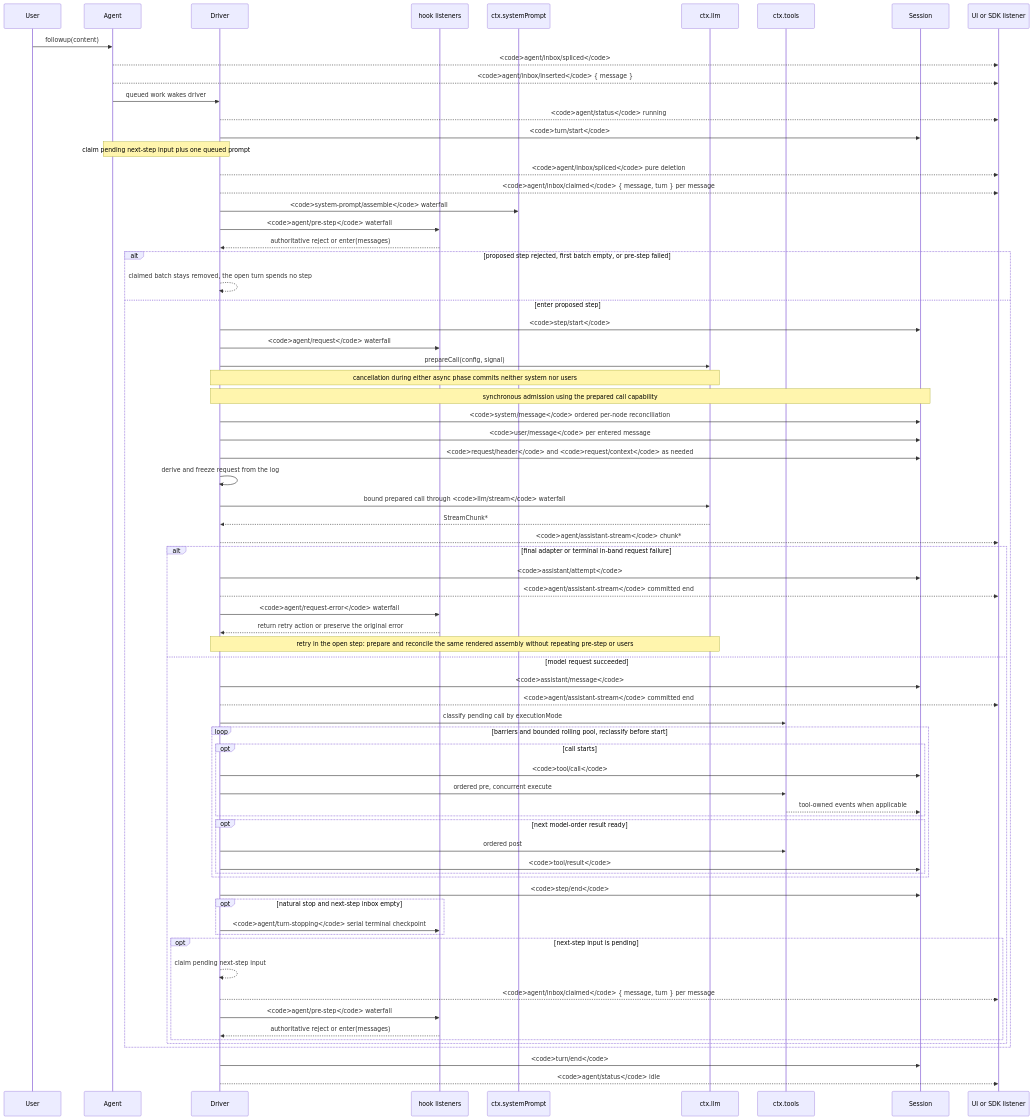
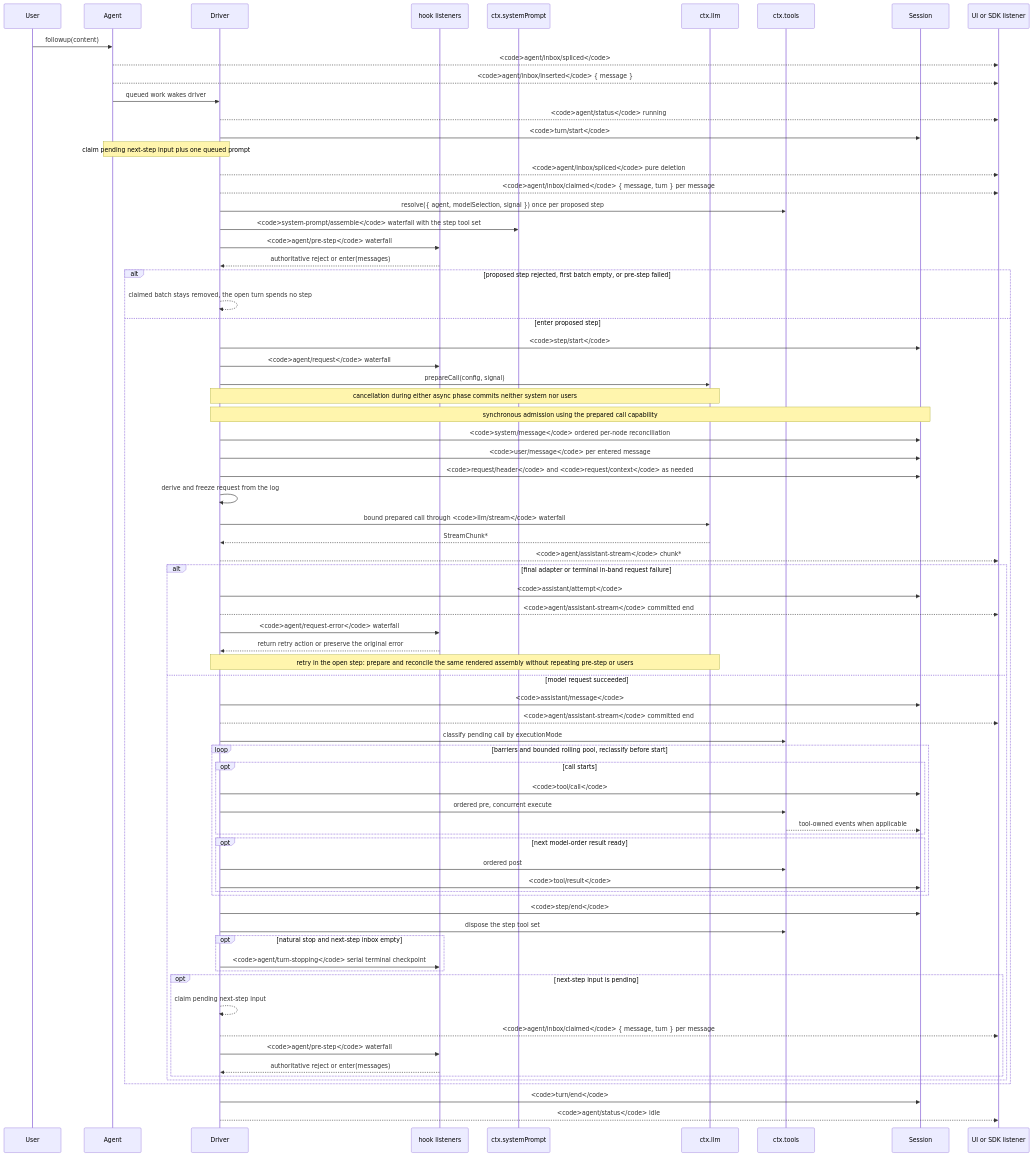
The diagram in upstream/docs/agent-lifecycle.md (hyperion2144/dsh-desktop-plus), drawn with Mermaid before and after one commit. The commit also changed 7696 other files, not shown here.

````diff
--- a/upstream/docs/agent-lifecycle.md
+++ b/upstream/docs/agent-lifecycle.md
@@ -8,74 +8,76 @@
 ```mermaid
 sequenceDiagram
   participant User
   participant Agent
   participant Driver
   participant Hooks as hook listeners
   participant Prompt as ctx.systemPrompt
   participant LLM as ctx.llm
   participant Tools as ctx.tools
   participant Session
   participant SDK as UI or SDK listener
   User->>Agent: followup(content)
   Agent-->>SDK: <code>agent/inbox/spliced</code>
   Agent-->>SDK: <code>agent/inbox/inserted</code> { message }
   Agent->>Driver: queued work wakes driver
   Driver-->>SDK: <code>agent/status</code> running
   Driver->>Session: <code>turn/start</code>
   Note over Agent,Driver: claim pending next-step input plus one queued prompt
   Driver-->>SDK: <code>agent/inbox/spliced</code> pure deletion
   Driver-->>SDK: <code>agent/inbox/claimed</code> { message, turn } per message
-  Driver->>Prompt: <code>system-prompt/assemble</code> waterfall
+  Driver->>Tools: resolve({ agent, modelSelection, signal }) once per proposed step
+  Driver->>Prompt: <code>system-prompt/assemble</code> waterfall with the step tool set
   Driver->>Hooks: <code>agent/pre-step</code> waterfall
   Hooks-->>Driver: authoritative reject or enter(messages)
   alt proposed step rejected, first batch empty, or pre-step failed
     Driver-->>Driver: claimed batch stays removed, the open turn spends no step
   else enter proposed step
   Driver->>Session: <code>step/start</code>
   Driver->>Hooks: <code>agent/request</code> waterfall
   Driver->>LLM: prepareCall(config, signal)
   Note over Driver,LLM: cancellation during either async phase commits neither system nor users
   Note over Driver,Session: synchronous admission using the prepared call capability
   Driver->>Session: <code>system/message</code> ordered per-node reconciliation
   Driver->>Session: <code>user/message</code> per entered message
   Driver->>Session: <code>request/header</code> and <code>request/context</code> as needed
   Driver->>Driver: derive and freeze request from the log
   Driver->>LLM: bound prepared call through <code>llm/stream</code> waterfall
   LLM-->>Driver: StreamChunk*
   Driver-->>SDK: <code>agent/assistant-stream</code> chunk*
   alt final adapter or terminal in-band request failure
     Driver->>Session: <code>assistant/attempt</code>
     Driver-->>SDK: <code>agent/assistant-stream</code> committed end
     Driver->>Hooks: <code>agent/request-error</code> waterfall
     Hooks-->>Driver: return retry action or preserve the original error
     Note over Driver,LLM: retry in the open step: prepare and reconcile the same rendered assembly without repeating pre-step or users
   else model request succeeded
   Driver->>Session: <code>assistant/message</code>
   Driver-->>SDK: <code>agent/assistant-stream</code> committed end
   Driver->>Tools: classify pending call by executionMode
   loop barriers and bounded rolling pool, reclassify before start
     opt call starts
       Driver->>Session: <code>tool/call</code>
       Driver->>Tools: ordered pre, concurrent execute
       Tools-->>Session: tool-owned events when applicable
     end
     opt next model-order result ready
       Driver->>Tools: ordered post
       Driver->>Session: <code>tool/result</code>
     end
   end
   Driver->>Session: <code>step/end</code>
+  Driver->>Tools: dispose the step tool set
   opt natural stop and next-step inbox empty
     Driver->>Hooks: <code>agent/turn-stopping</code> serial terminal checkpoint
   end
   opt next-step input is pending
     Driver-->>Driver: claim pending next-step input
     Driver-->>SDK: <code>agent/inbox/claimed</code> { message, turn } per message
     Driver->>Hooks: <code>agent/pre-step</code> waterfall
     Hooks-->>Driver: authoritative reject or enter(messages)
   end
   end
   end
   Driver->>Session: <code>turn/end</code>
   Driver-->>SDK: <code>agent/status</code> idle
 ```
````
